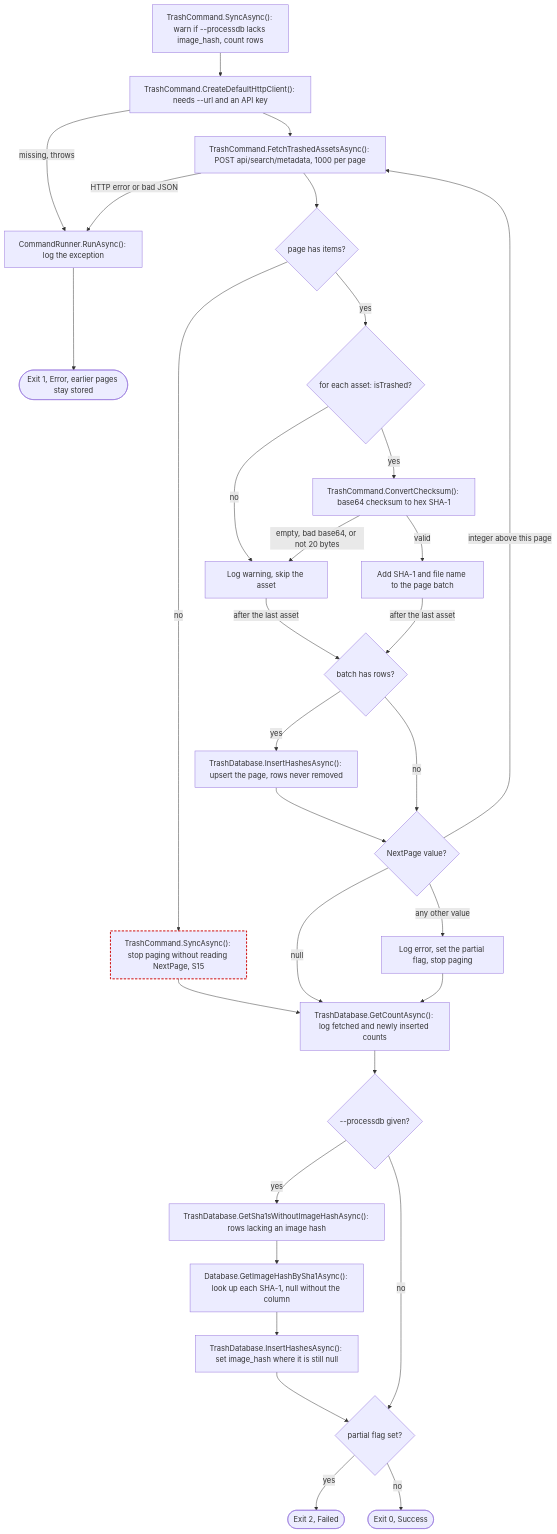
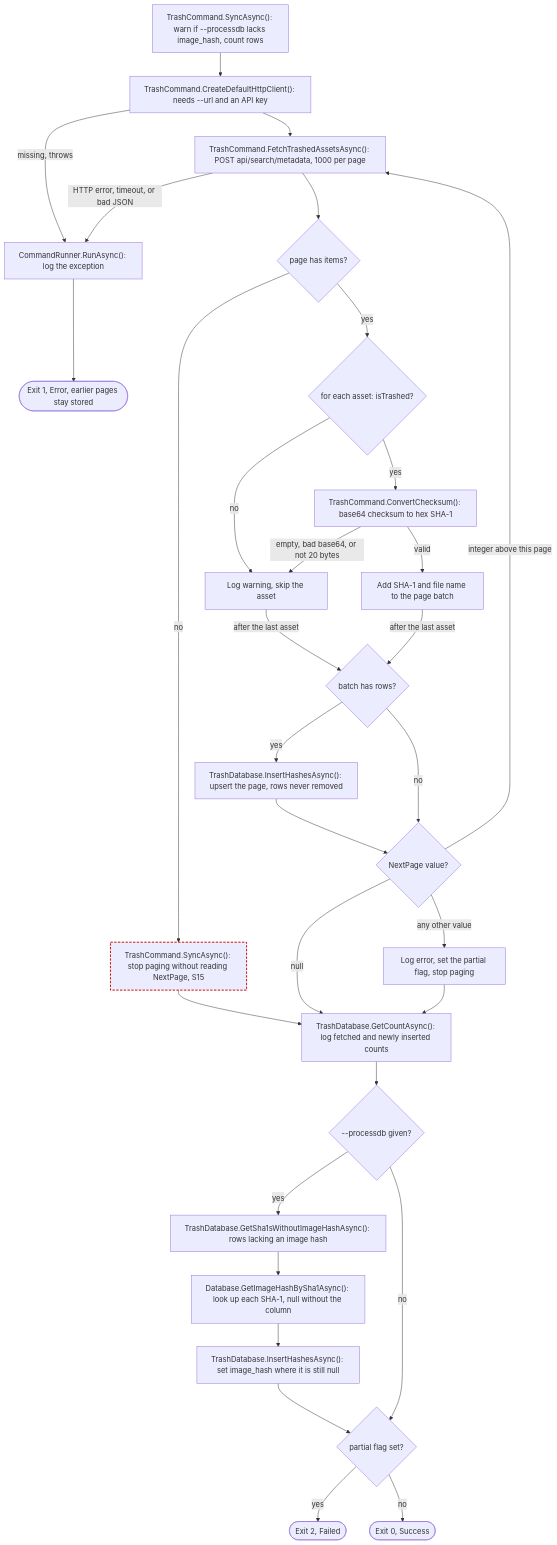
Diagram 17 of 23 in ARCHITECTURE.md (ptr727/PhotoCleaner), drawn with Mermaid before and after one commit.

Commit message:
Name the Timeout on the Trash Fetch Failure Edge

````diff
--- a/ARCHITECTURE.md
+++ b/ARCHITECTURE.md
@@ -916,34 +916,34 @@
 ```mermaid
 flowchart TD
   S1["TrashCommand.SyncAsync(): warn if --processdb lacks image_hash, count rows"] --> S2["TrashCommand.CreateDefaultHttpClient(): needs --url and an API key"]
   S2 -->|"missing, throws"| SE
   S2 --> S3["TrashCommand.FetchTrashedAssetsAsync(): POST api/search/metadata, 1000 per page"]
-  S3 -->|"HTTP error or bad JSON"| SE
+  S3 -->|"HTTP error, timeout, or bad JSON"| SE
   S3 --> S4{"page has items?"}
   S4 -->|"no"| S5["TrashCommand.SyncAsync(): stop paging without reading NextPage, S15"]:::suspect
   S4 -->|"yes"| S6{"for each asset: isTrashed?"}
   S6 -->|"no"| S7["Log warning, skip the asset"]
   S6 -->|"yes"| S8["TrashCommand.ConvertChecksum(): base64 checksum to hex SHA-1"]
   S8 -->|"empty, bad base64, or not 20 bytes"| S7
   S8 -->|"valid"| S9["Add SHA-1 and file name to the page batch"]
   S7 -->|"after the last asset"| S10{"batch has rows?"}
   S9 -->|"after the last asset"| S10
   S10 -->|"yes"| S11["TrashDatabase.InsertHashesAsync(): upsert the page, rows never removed"]
   S10 -->|"no"| S12
   S11 --> S12{"NextPage value?"}
   S12 -->|"integer above this page"| S3
   S12 -->|"null"| S14
   S12 -->|"any other value"| S13["Log error, set the partial flag, stop paging"]
   S13 --> S14
   S5 --> S14["TrashDatabase.GetCountAsync(): log fetched and newly inserted counts"]
   S14 --> S15{"--processdb given?"}
   S15 -->|"yes"| S16["TrashDatabase.GetSha1sWithoutImageHashAsync(): rows lacking an image hash"]
   S16 --> S17["Database.GetImageHashBySha1Async(): look up each SHA-1, null without the column"]
   S17 --> S18["TrashDatabase.InsertHashesAsync(): set image_hash where it is still null"]
   S18 --> S19
   S15 -->|"no"| S19{"partial flag set?"}
   S19 -->|"yes"| S20(["Exit 2, Failed"])
   S19 -->|"no"| S21(["Exit 0, Success"])
   SE["CommandRunner.RunAsync(): log the exception"] --> S22(["Exit 1, Error, earlier pages stay stored"])
   classDef suspect stroke:#c00,stroke-width:2px,stroke-dasharray:5 3
 ```
````
